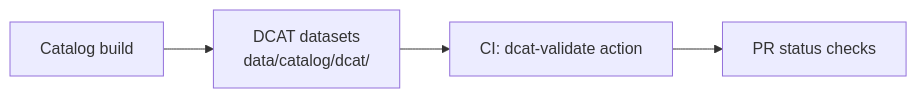
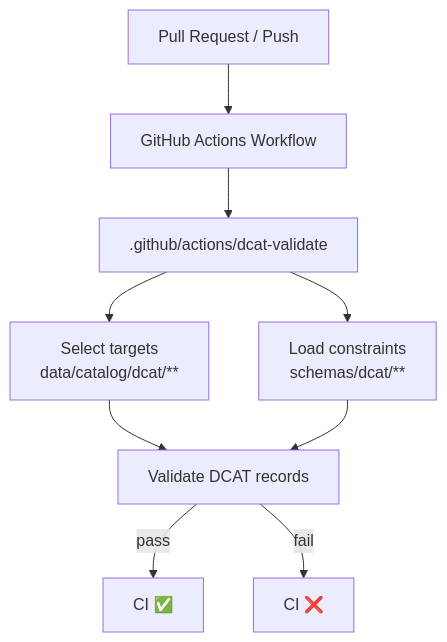
One commit to bartytime4life/Kansas-Frontier-Matrix changed the diagram in .github/actions/dcat-validate/config/README.md. Above: the diagram before and after it, drawn with Mermaid. The commit also changed other lines of this file, not shown here.

```diff
--- a/.github/actions/dcat-validate/config/README.md
+++ b/.github/actions/dcat-validate/config/README.md
@@ -142,6 +139,11 @@
 ~~~mermaid
-flowchart LR
-  A[Catalog build] --> B[DCAT datasets<br/>data/catalog/dcat/]
-  B --> C[CI: dcat-validate action]
-  C --> D[PR status checks]
+flowchart TB
+  PR[Pull Request / Push] --> CI[GitHub Actions Workflow]
+  CI --> A[.github/actions/dcat-validate]
+  A --> T[Select targets<br/>data/catalog/dcat/**]
+  A --> S[Load constraints<br/>schemas/dcat/**]
+  T --> V[Validate DCAT records]
+  S --> V
+  V -->|pass| OK[CI ✅]
+  V -->|fail| FAIL[CI ❌]
 ~~~
```
